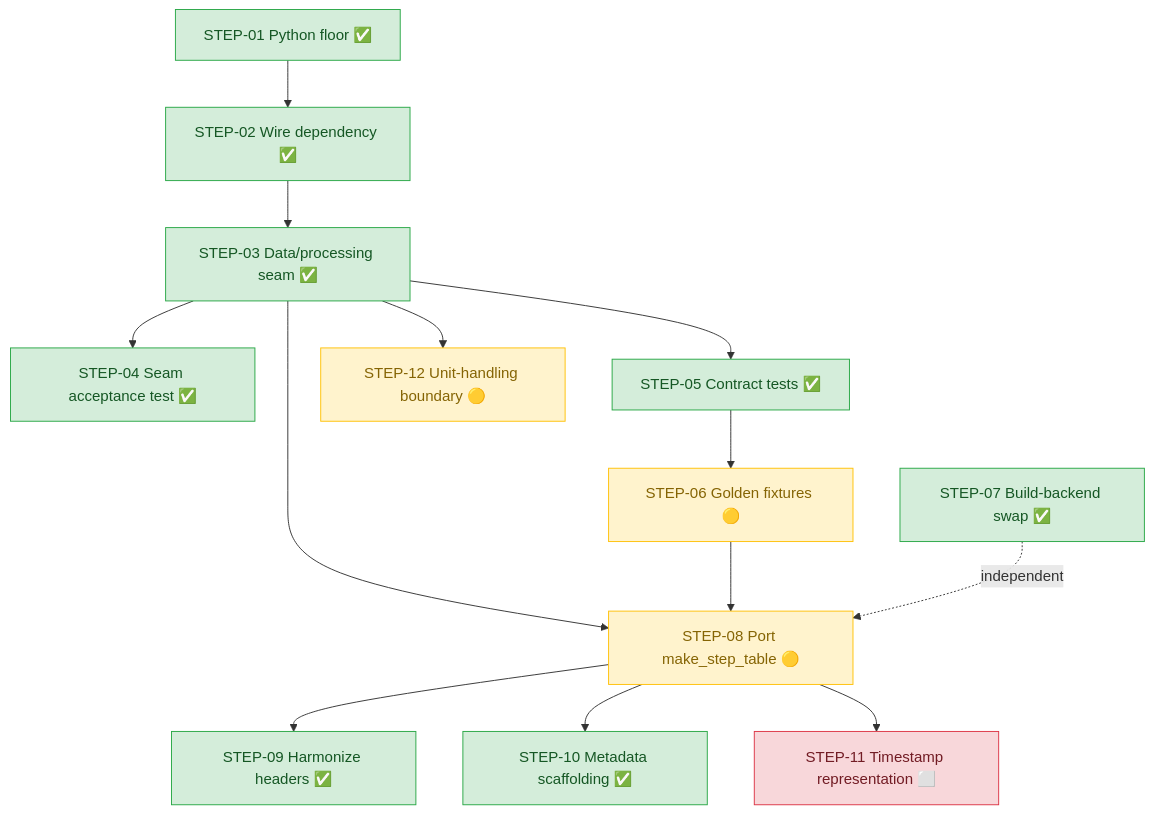
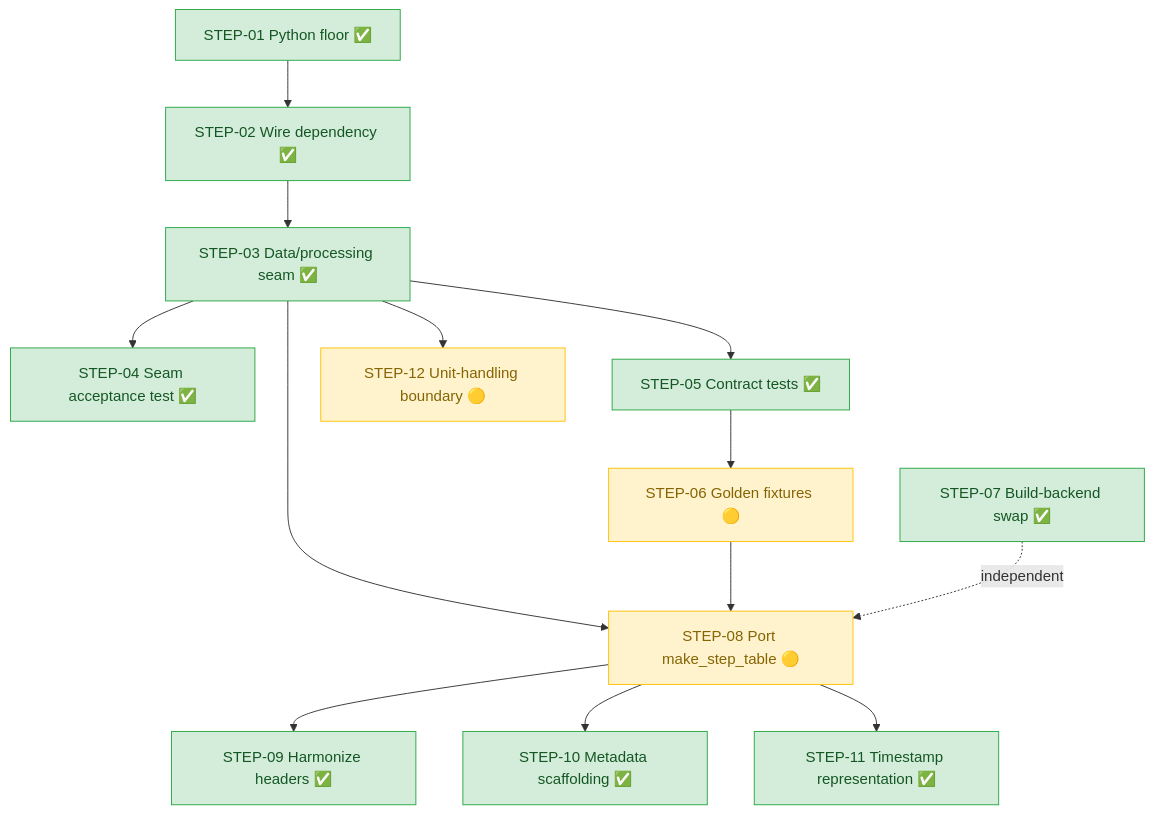
The diagram in .issueflows/04-designs-and-guides/cellpy-core-integration-roadmap.md (cellpy/cellpy-core), drawn with Mermaid before and after one commit. The commit also changed other lines of this file, not shown here.

First line of the commit message:
docs: mark roadmap STEP-11 done (int64-ns timestamps)

````diff
--- a/.issueflows/04-designs-and-guides/cellpy-core-integration-roadmap.md
+++ b/.issueflows/04-designs-and-guides/cellpy-core-integration-roadmap.md
@@ -301,22 +305,21 @@
 ```mermaid
 flowchart TD
     S01["STEP-01 Python floor ✅"] --> S02["STEP-02 Wire dependency ✅"]
     S02 --> S03["STEP-03 Data/processing seam ✅"]
     S03 --> S04["STEP-04 Seam acceptance test ✅"]
     S03 --> S05["STEP-05 Contract tests ✅"]
     S05 --> S06["STEP-06 Golden fixtures 🟡"]
     S03 --> S08["STEP-08 Port make_step_table 🟡"]
     S06 --> S08
     S08 --> S09["STEP-09 Harmonize headers ✅"]
     S08 --> S10["STEP-10 Metadata scaffolding ✅"]
-    S08 --> S11["STEP-11 Timestamp representation ⬜"]
+    S08 --> S11["STEP-11 Timestamp representation ✅"]
     S03 --> S12["STEP-12 Unit-handling boundary 🟡"]
     S07["STEP-07 Build-backend swap ✅"] -.independent.-> S08
 
     classDef done fill:#d4edda,stroke:#28a745,color:#155724;
     classDef partly fill:#fff3cd,stroke:#ffc107,color:#856404;
     classDef todo fill:#f8d7da,stroke:#dc3545,color:#721c24;
-    class S01,S02,S03,S04,S05,S07,S09,S10 done;
+    class S01,S02,S03,S04,S05,S07,S09,S10,S11 done;
     class S06,S08,S12 partly;
-    class S11 todo;
 ```
````
